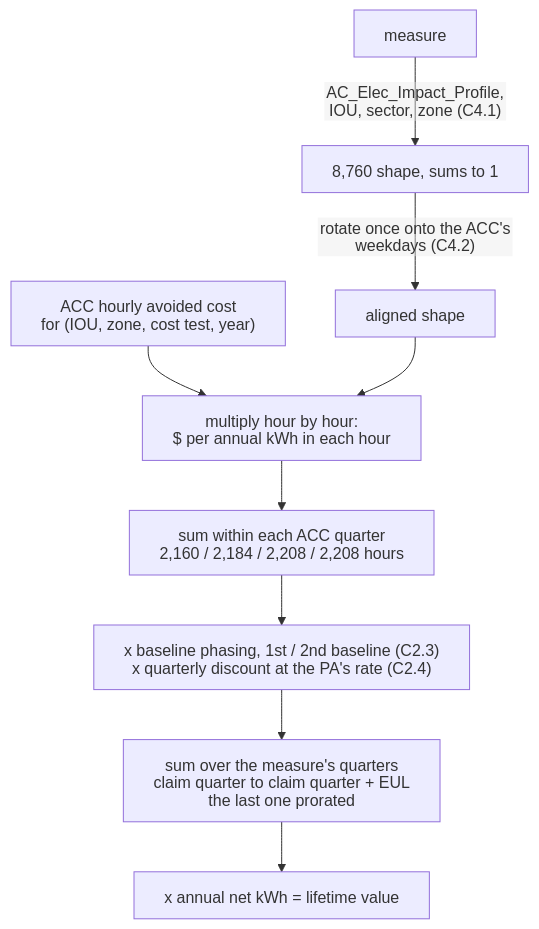
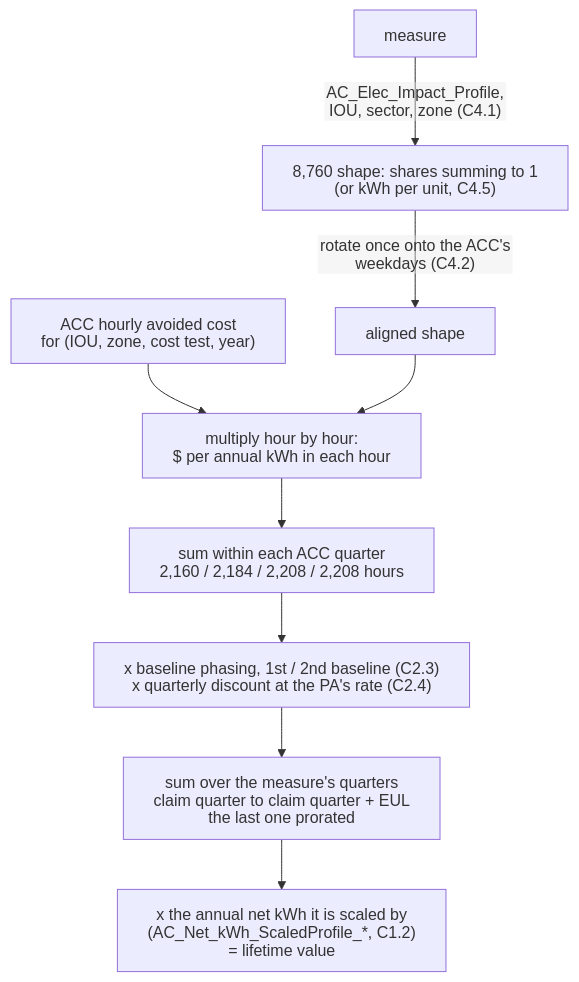
The fifth of 7 diagrams in recet/docs/ARCHITECTURE.md (JRichardson-PGE/ReCET), drawn with Mermaid before and after one commit. The commit also changed 6 other files, not shown here.

````diff
--- a/recet/docs/ARCHITECTURE.md
+++ b/recet/docs/ARCHITECTURE.md
@@ -247,18 +247,18 @@
 ```mermaid
 ---
 config:
   htmlLabels: false
   flowchart:
     htmlLabels: false
     wrappingWidth: 400
 ---
 flowchart TB
-    m["measure"] -->|"AC_Elec_Impact_Profile, IOU, sector, zone (C4.1)"| shape["8,760 shape, sums to 1"]
+    m["measure"] -->|"AC_Elec_Impact_Profile, IOU, sector, zone (C4.1)"| shape["8,760 shape: shares summing to 1<br/>(or kWh per unit, C4.5)"]
     shape -->|"rotate once onto the ACC's weekdays (C4.2)"| aligned["aligned shape"]
     acc["ACC hourly avoided cost<br/>for (IOU, zone, cost test, year)"] --> mult
     aligned --> mult["multiply hour by hour:<br/>$ per annual kWh in each hour"]
     mult --> q["sum within each ACC quarter<br/>2,160 / 2,184 / 2,208 / 2,208 hours"]
     q --> d["x baseline phasing, 1st / 2nd baseline (C2.3)<br/>x quarterly discount at the PA's rate (C2.4)"]
     d --> s["sum over the measure's quarters<br/>claim quarter to claim quarter + EUL<br/>the last one prorated"]
-    s --> v["x annual net kWh = lifetime value"]
+    s --> v["x the annual net kWh it is scaled by<br/>(AC_Net_kWh_ScaledProfile_*, C1.2)<br/>= lifetime value"]
 ```
````
